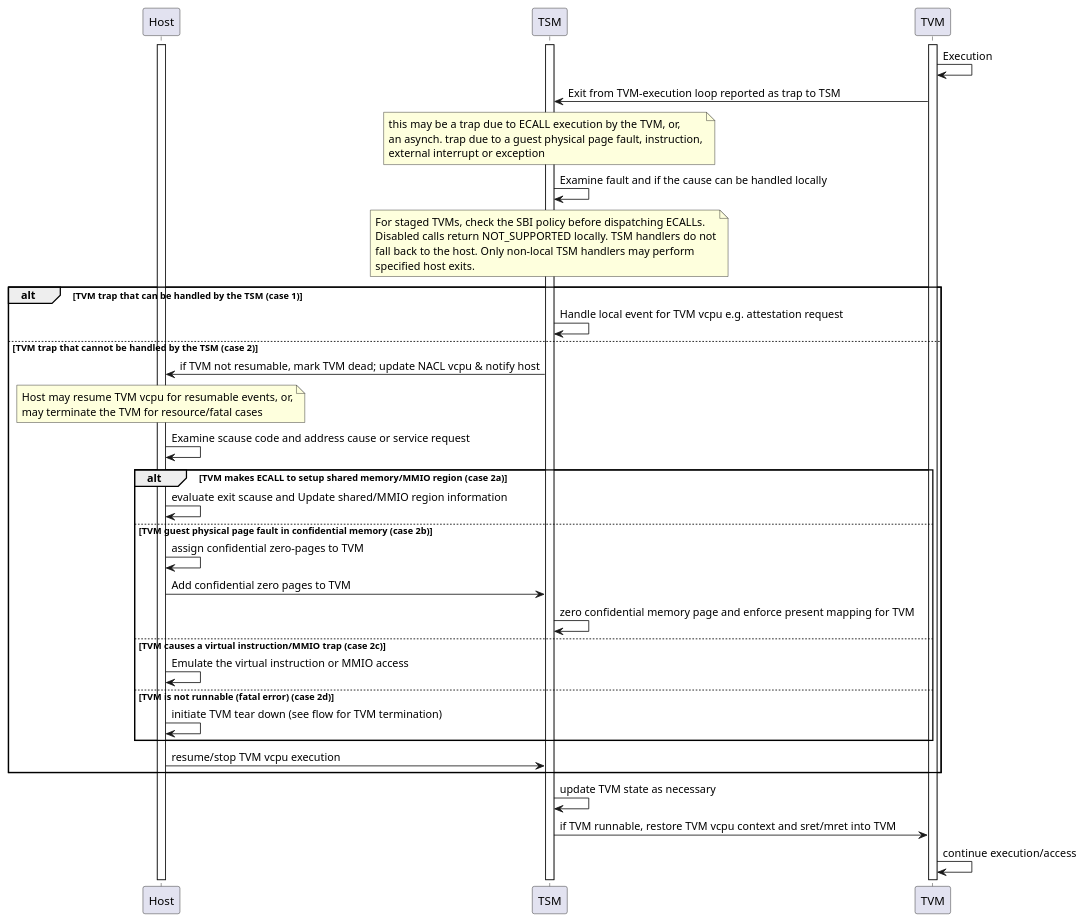
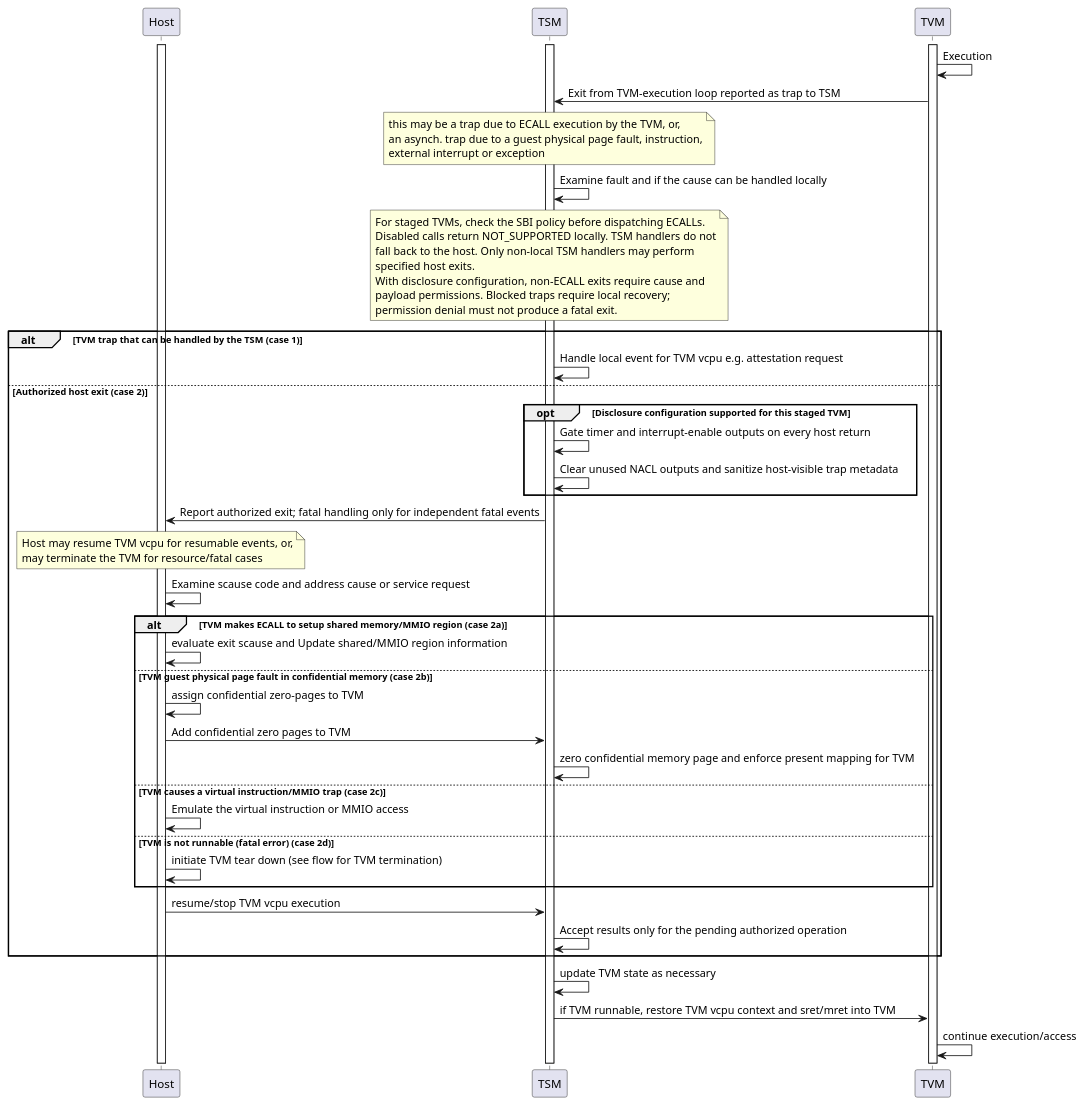
One commit to riscv-non-isa/riscv-ap-tee changed the third of 3 diagrams in src/sbi_cove.adoc. Above: the diagram before and after it, drawn with PlantUML. The commit also changed other lines of this file and 2 other files, not shown here.

```diff
--- a/src/sbi_cove.adoc
+++ b/src/sbi_cove.adoc
@@ -798,69 +974,77 @@
 [plantuml]
 ....
 @startuml
 
 activate Host
 activate TSM
 activate TVM
 
 TVM -> TVM: Execution
 TVM -> TSM: Exit from TVM-execution loop reported as trap to TSM
 note over TSM
   this may be a trap due to ECALL execution by the TVM, or,
   an asynch. trap due to a guest physical page fault, instruction,
   external interrupt or exception
 end note
 TSM -> TSM: Examine fault and if the cause can be handled locally
 note over TSM
   For staged TVMs, check the SBI policy before dispatching ECALLs.
   Disabled calls return NOT_SUPPORTED locally. TSM handlers do not
   fall back to the host. Only non-local TSM handlers may perform
   specified host exits.
+  With disclosure configuration, non-ECALL exits require cause and
+  payload permissions. Blocked traps require local recovery;
+  permission denial must not produce a fatal exit.
 end note
 
 alt TVM trap that can be handled by the TSM (case 1)
 
 TSM -> TSM: Handle local event for TVM vcpu e.g. attestation request
 
-else TVM trap that cannot be handled by the TSM (case 2)
+else Authorized host exit (case 2)
 
-TSM -> Host: if TVM not resumable, mark TVM dead; update NACL vcpu & notify host
+opt Disclosure configuration supported for this staged TVM
+TSM -> TSM: Gate timer and interrupt-enable outputs on every host return
+TSM -> TSM: Clear unused NACL outputs and sanitize host-visible trap metadata
+end
+TSM -> Host: Report authorized exit; fatal handling only for independent fatal events
 
 note over Host
   Host may resume TVM vcpu for resumable events, or,
   may terminate the TVM for resource/fatal cases
 end note
 
 Host -> Host: Examine scause code and address cause or service request
 
 alt TVM makes ECALL to setup shared memory/MMIO region (case 2a)
 
 Host -> Host: evaluate exit scause and Update shared/MMIO region information
 
 else TVM guest physical page fault in confidential memory (case 2b)
 
 Host -> Host: assign confidential zero-pages to TVM
 Host -> TSM: Add confidential zero pages to TVM
 TSM -> TSM: zero confidential memory page and enforce present mapping for TVM
 
 else TVM causes a virtual instruction/MMIO trap (case 2c)
 
 Host -> Host: Emulate the virtual instruction or MMIO access
 
 else TVM is not runnable (fatal error) (case 2d)
 
 Host -> Host: initiate TVM tear down (see flow for TVM termination)
 
 end ` inner alt TVM trap serviced by Host (end case 2)
 
 Host -> TSM: resume/stop TVM vcpu execution
+TSM -> TSM: Accept results only for the pending authorized operation
 
 end ` outer alt TVM trap (end case 1)
 
 TSM -> TSM: update TVM state as necessary
 TSM -> TVM: if TVM runnable, restore TVM vcpu context and sret/mret into TVM
 
 TVM -> TVM: continue execution/access
 
 @enduml
 ....
```
